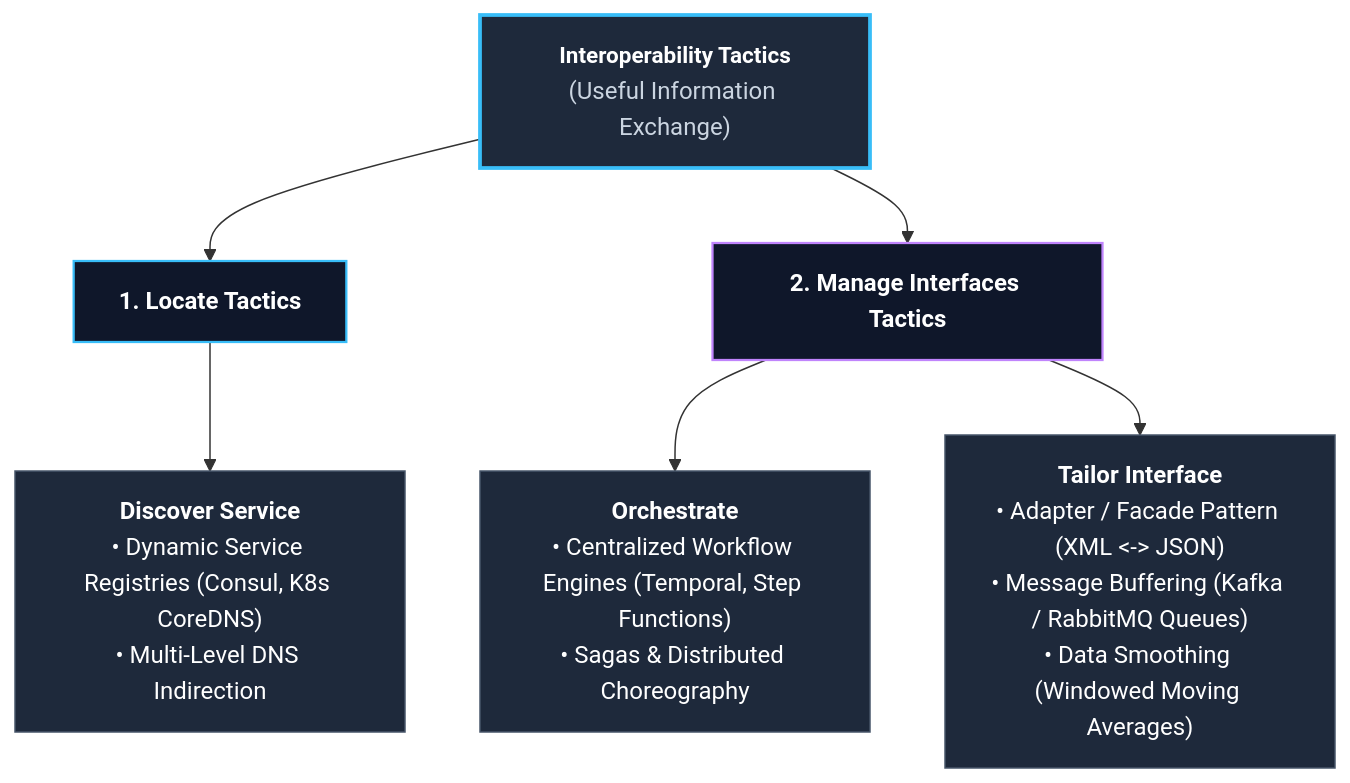
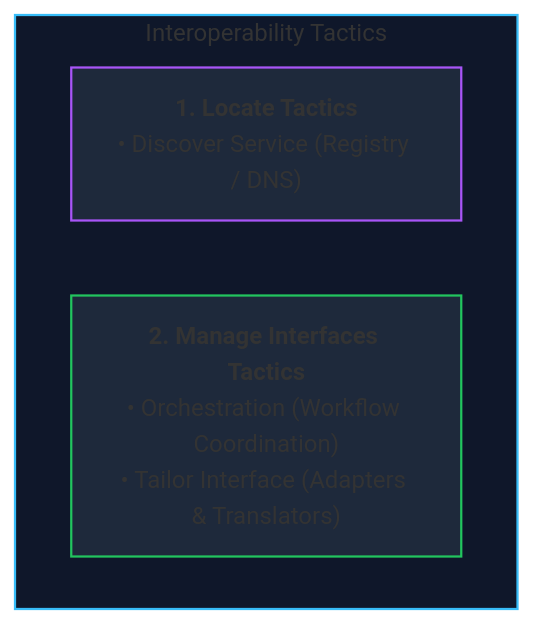
Before and after one commit to shreyash2601/bits-notes: the first of 4 diagrams in Software Architectures/Lecture 3/Lecture_03_Notes.md, drawn with Mermaid. The commit also changed other lines of this file and 31 other files, not shown here.

````diff
--- a/Software Architectures/Lecture 3/Lecture_03_Notes.md
+++ b/Software Architectures/Lecture 3/Lecture_03_Notes.md
@@ -177,19 +43,10 @@
 ```mermaid
-graph TD
-    IT["<b style='color:#ffffff; font-size:15px;'>Interoperability Tactics</b><br/><span style='color:#cbd5e1;'>(Useful Information Exchange)</span>"]
-
-    IT --> LOC["<b style='color:#ffffff;'>1. Locate Tactics</b>"]
-    IT --> MI["<b style='color:#ffffff;'>2. Manage Interfaces Tactics</b>"]
-
-    LOC --> DS["<b>Discover Service</b><br/>• Dynamic Service Registries (Consul, K8s CoreDNS)<br/>• Multi-Level DNS Indirection"]
-
-    MI --> ORCH["<b>Orchestrate</b><br/>• Centralized Workflow Engines (Temporal, Step Functions)<br/>• Sagas & Distributed Choreography"]
-    MI --> TAIL["<b>Tailor Interface</b><br/>• Adapter / Facade Pattern (XML <-> JSON)<br/>• Message Buffering (Kafka / RabbitMQ Queues)<br/>• Data Smoothing (Windowed Moving Averages)"]
-
-    style IT fill:#1e293b,stroke:#38bdf8,stroke-width:2.5px,color:#ffffff
-    style LOC fill:#0f172a,stroke:#38bdf8,stroke-width:1.5px,color:#ffffff
-    style MI fill:#0f172a,stroke:#c084fc,stroke-width:1.5px,color:#ffffff
-    style DS fill:#1e293b,stroke:#475569,stroke-width:1px,color:#ffffff
-    style ORCH fill:#1e293b,stroke:#475569,stroke-width:1px,color:#ffffff
-    style TAIL fill:#1e293b,stroke:#475569,stroke-width:1px,color:#ffffff
+flowchart TD
+    subgraph INTEROP ["Interoperability Tactics"]
+        LOC["<b>1. Locate Tactics</b><br/>• Discover Service (Registry / DNS)"]
+        MAN["<b>2. Manage Interfaces Tactics</b><br/>• Orchestration (Workflow Coordination)<br/>• Tailor Interface (Adapters & Translators)"]
+    end
+    style INTEROP fill:#0f172a,stroke:#38bdf8,stroke-width:1.5px
+    style LOC fill:#1e293b,stroke:#a855f7,stroke-width:1.5px
+    style MAN fill:#1e293b,stroke:#22c55e,stroke-width:1.5px
 ```
````
